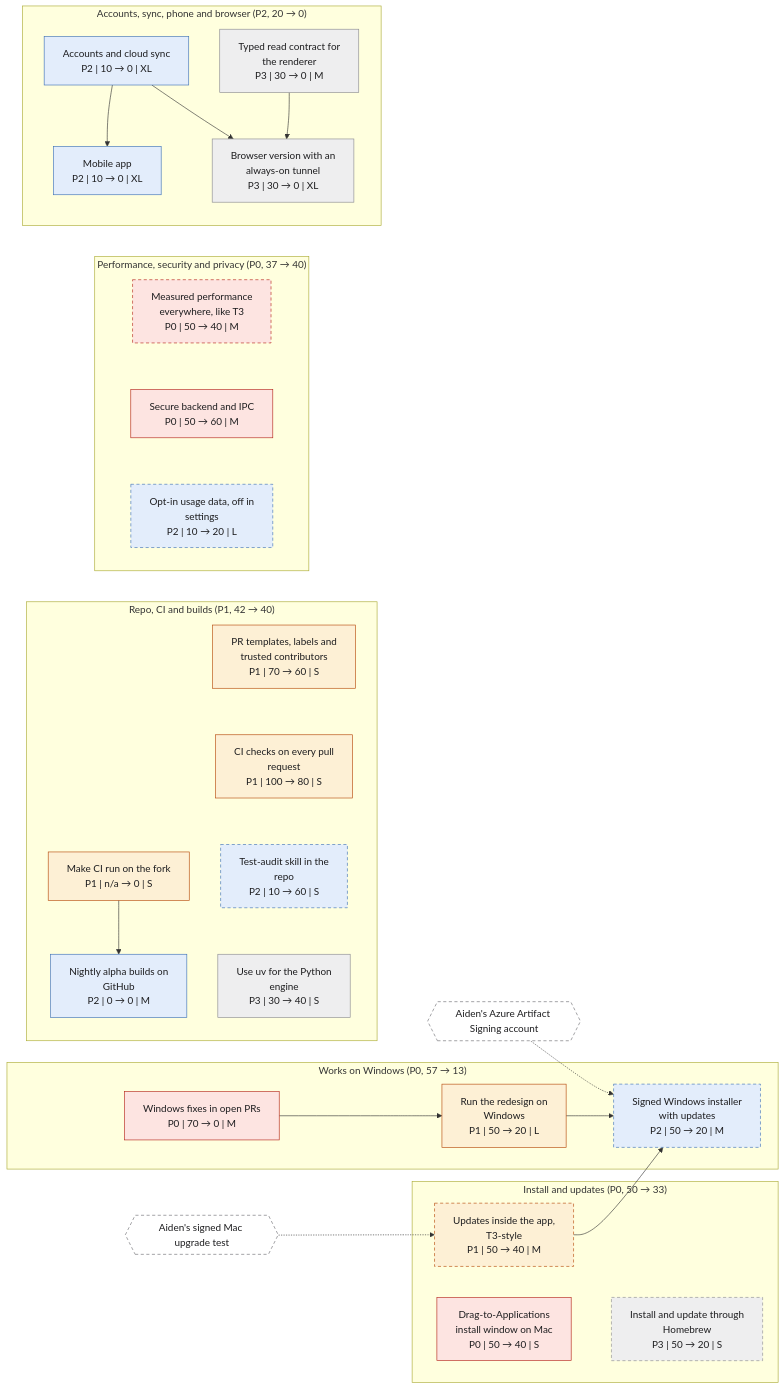
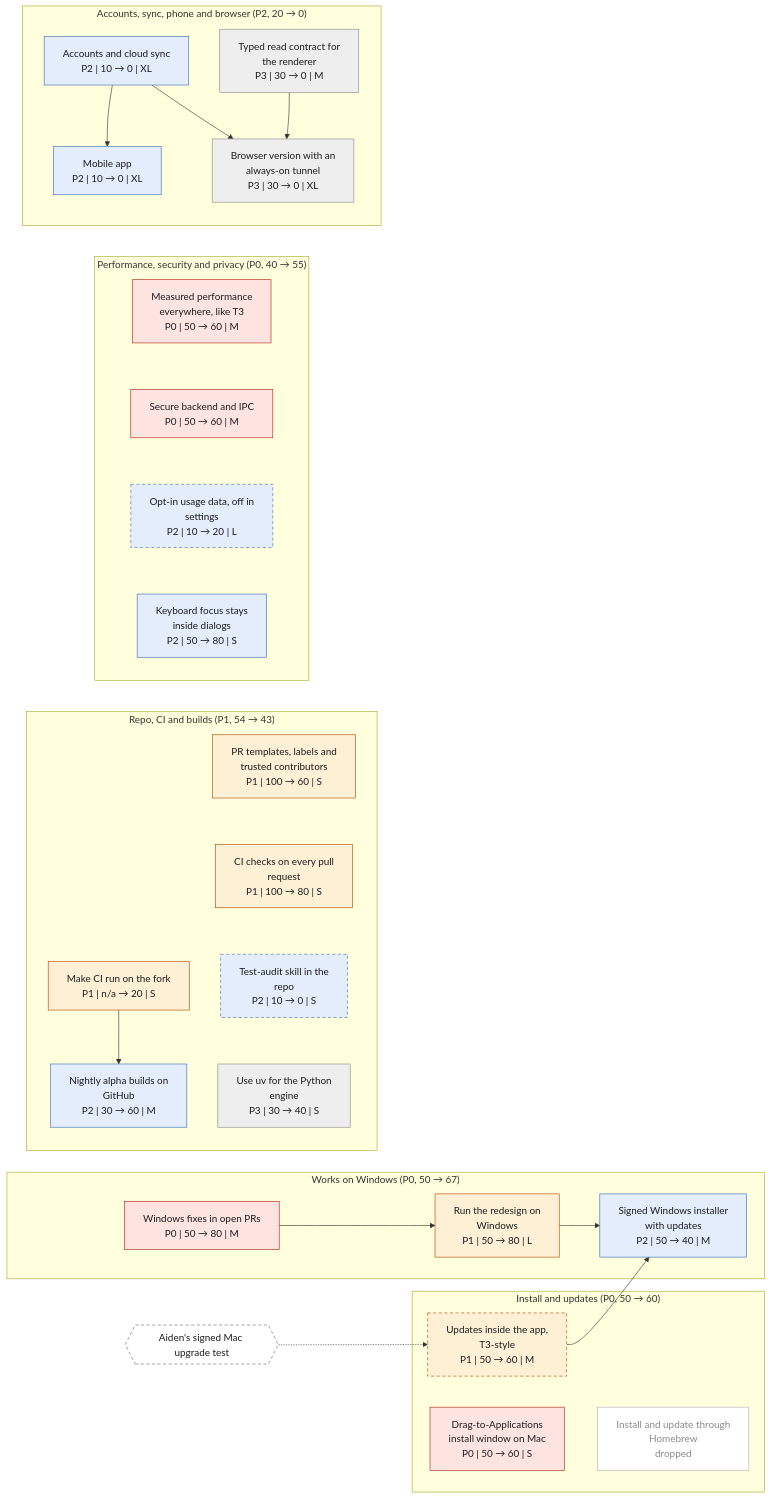
The eighth of 8 diagrams in roadmap-graphs.md (SamGu-NRX/reel-studio-app), drawn with Mermaid before and after one commit. The commit also changed other lines of this file and 7 other files, not shown here.

First line of the commit message:
docs: roadmap snapshot 2026-11-05

````diff
--- a/roadmap-graphs.md
+++ b/roadmap-graphs.md
@@ -449,58 +456,60 @@
 ```mermaid
 flowchart LR
-    subgraph n_windows_support_g["Works on Windows (P0, 57 → 13)"]
-        n_win_fixes["Windows fixes in open PRs<br/>P0 | 70 → 0 | M"]
-        n_win_redesign_run["Run the redesign on<br/>Windows<br/>P1 | 50 → 20 | L"]
-        n_windows_signed_updates["Signed Windows installer<br/>with updates<br/>P2 | 50 → 20 | M"]
+    subgraph n_windows_support_g["Works on Windows (P0, 50 → 67)"]
+        n_win_fixes["Windows fixes in open PRs<br/>P0 | 50 → 80 | M"]
+        n_win_redesign_run["Run the redesign on<br/>Windows<br/>P1 | 50 → 80 | L"]
+        n_windows_signed_updates["Signed Windows installer<br/>with updates<br/>P2 | 50 → 40 | M"]
     end
-    subgraph n_ep_install_g["Install and updates (P0, 50 → 33)"]
-        n_mac_install_window["Drag-to-Applications<br/>install window on Mac<br/>P0 | 50 → 40 | S"]
-        n_in_app_updater["Updates inside the app,<br/>T3-style<br/>P1 | 50 → 40 | M"]
-        n_homebrew_install["Install and update through<br/>Homebrew<br/>P3 | 50 → 20 | S"]
+    subgraph n_ep_install_g["Install and updates (P0, 50 → 60)"]
+        n_mac_install_window["Drag-to-Applications<br/>install window on Mac<br/>P0 | 50 → 60 | S"]
+        n_in_app_updater["Updates inside the app,<br/>T3-style<br/>P1 | 50 → 60 | M"]
+        n_homebrew_install["Install and update through<br/>Homebrew<br/>dropped"]
     end
-    subgraph n_ep_repo_g["Repo, CI and builds (P1, 42 → 40)"]
-        n_fork_ci["Make CI run on the fork<br/>P1 | n/a → 0 | S"]
-        n_repo_pr_templates["PR templates, labels and<br/>trusted contributors<br/>P1 | 70 → 60 | S"]
+    subgraph n_ep_repo_g["Repo, CI and builds (P1, 54 → 43)"]
+        n_fork_ci["Make CI run on the fork<br/>P1 | n/a → 20 | S"]
+        n_repo_pr_templates["PR templates, labels and<br/>trusted contributors<br/>P1 | 100 → 60 | S"]
         n_ci_checks["CI checks on every pull<br/>request<br/>P1 | 100 → 80 | S"]
-        n_nightly_builds["Nightly alpha builds on<br/>GitHub<br/>P2 | 0 → 0 | M"]
-        n_test_audit_skill["Test-audit skill in the<br/>repo<br/>P2 | 10 → 60 | S"]
+        n_test_audit_skill["Test-audit skill in the<br/>repo<br/>P2 | 10 → 0 | S"]
+        n_nightly_builds["Nightly alpha builds on<br/>GitHub<br/>P2 | 30 → 60 | M"]
         n_uv_tooling["Use uv for the Python<br/>engine<br/>P3 | 30 → 40 | S"]
     end
-    subgraph n_ep_quality_g["Performance, security and privacy (P0, 37 → 40)"]
-        n_perf_all_around["Measured performance<br/>everywhere, like T3<br/>P0 | 50 → 40 | M"]
+    subgraph n_ep_quality_g["Performance, security and privacy (P0, 40 → 55)"]
+        n_perf_all_around["Measured performance<br/>everywhere, like T3<br/>P0 | 50 → 60 | M"]
         n_security_hardening["Secure backend and IPC<br/>P0 | 50 → 60 | M"]
         n_telemetry_opt_in["Opt-in usage data, off in<br/>settings<br/>P2 | 10 → 20 | L"]
+        n_a11y_dialog_focus["Keyboard focus stays<br/>inside dialogs<br/>P2 | 50 → 80 | S"]
     end
     subgraph n_ep_cloud_g["Accounts, sync, phone and browser (P2, 20 → 0)"]
         n_mobile_app_sync["Mobile app<br/>P2 | 10 → 0 | XL"]
         n_acct_sync["Accounts and cloud sync<br/>P2 | 10 → 0 | XL"]
         n_browser_server["Browser version with an<br/>always-on tunnel<br/>P3 | 30 → 0 | XL"]
         n_br_contract["Typed read contract for<br/>the renderer<br/>P3 | 30 → 0 | M"]
     end
-    xb0{{"Aiden's Azure Artifact Signing account"}} -.-> n_windows_signed_updates
-    xb1{{"Aiden's signed Mac upgrade test"}} -.-> n_in_app_updater
+    xb0{{"Aiden's signed Mac upgrade test"}} -.-> n_in_app_updater
     n_win_fixes --> n_win_redesign_run
     n_win_redesign_run --> n_windows_signed_updates
     n_in_app_updater --> n_windows_signed_updates
     n_fork_ci --> n_nightly_builds
     n_acct_sync --> n_mobile_app_sync
     n_br_contract --> n_browser_server
     n_acct_sync --> n_browser_server
     n_mac_install_window ~~~ n_homebrew_install
     n_repo_pr_templates ~~~ n_ci_checks ~~~ n_test_audit_skill ~~~ n_uv_tooling
-    n_perf_all_around ~~~ n_security_hardening ~~~ n_telemetry_opt_in
+    n_perf_all_around ~~~ n_security_hardening ~~~ n_telemetry_opt_in ~~~ n_a11y_dialog_focus
     classDef p0 fill:#fde4e1,stroke:#b42318,color:#1d1d1f
     classDef p1 fill:#fdf0d5,stroke:#b54708,color:#1d1d1f
     classDef p2 fill:#e3edfb,stroke:#3b6fb6,color:#1d1d1f
     classDef p3 fill:#eeeeef,stroke:#8a8a8f,color:#1d1d1f
+    classDef dropped fill:#ffffff,stroke:#b0b0b5,color:#8a8a8f
     classDef outside fill:#ffffff,stroke:#b0b0b5,color:#6b6b70,stroke-dasharray:2 2
     classDef blocker fill:#ffffff,stroke:#6b6b70,color:#1d1d1f,stroke-dasharray:5 4
     classDef waits stroke-dasharray:5 4
     classDef hardest stroke:#7a1010,stroke-width:4px
     class n_win_fixes,n_mac_install_window,n_perf_all_around,n_security_hardening p0
     class n_win_redesign_run,n_in_app_updater,n_fork_ci,n_repo_pr_templates,n_ci_checks p1
-    class n_windows_signed_updates,n_nightly_builds,n_test_audit_skill,n_telemetry_opt_in,n_mobile_app_sync,n_acct_sync p2
-    class n_windows_signed_updates,n_in_app_updater,n_homebrew_install,n_test_audit_skill,n_perf_all_around,n_telemetry_opt_in waits
-    class n_homebrew_install,n_uv_tooling,n_browser_server,n_br_contract p3
-    class xb0,xb1 blocker
+    class n_windows_signed_updates,n_test_audit_skill,n_nightly_builds,n_telemetry_opt_in,n_a11y_dialog_focus,n_mobile_app_sync,n_acct_sync p2
+    class n_in_app_updater,n_test_audit_skill,n_telemetry_opt_in waits
+    class n_homebrew_install dropped
+    class n_uv_tooling,n_browser_server,n_br_contract p3
+    class xb0 blocker
 ```
````
